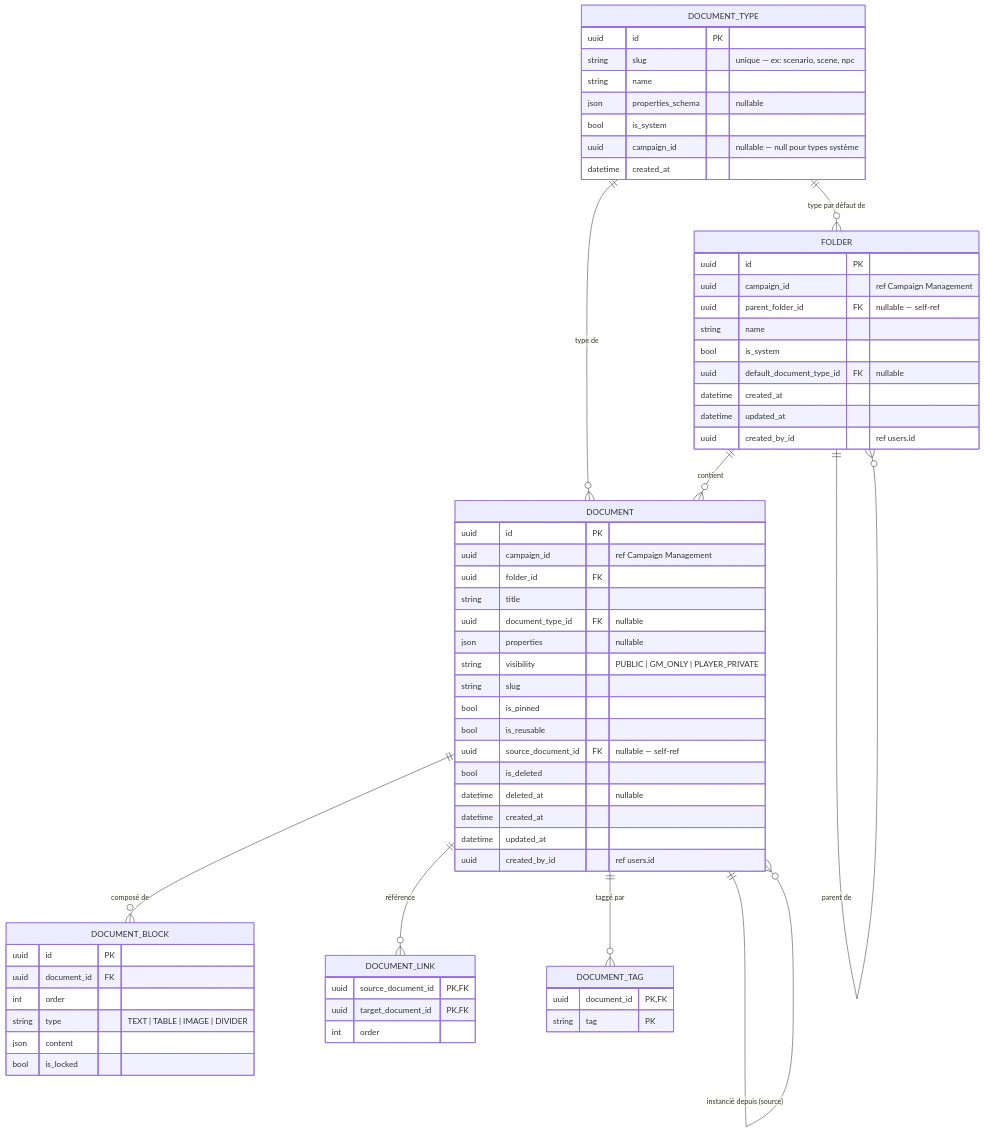
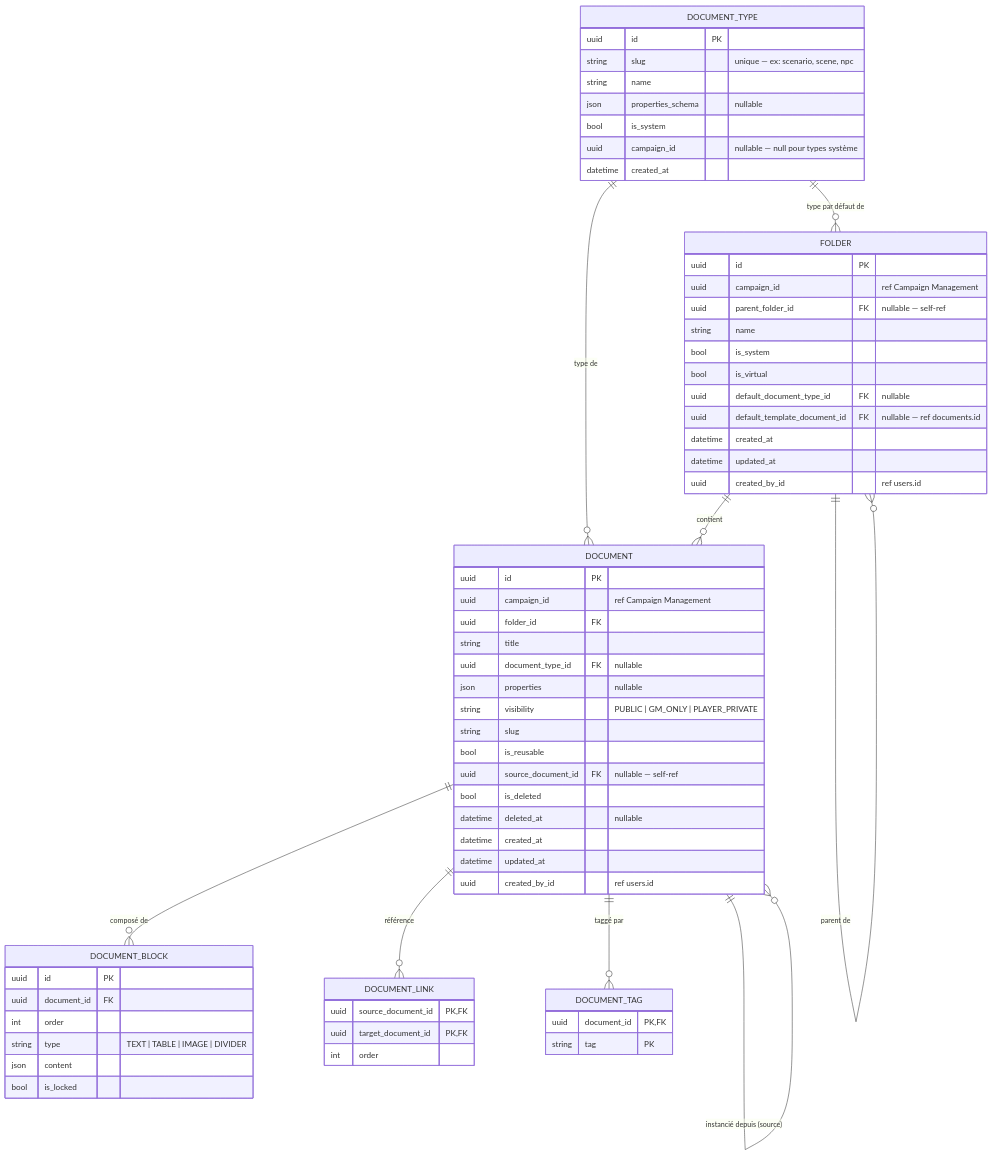
The diagram in docs/conception/domain/diagrams/mcd/content-library.md (2025-10-CDA-ECO-P6/PM-micro-saas), drawn with Mermaid before and after one commit. The commit also changed 17 other files, not shown here.

````diff
--- a/docs/conception/domain/diagrams/mcd/content-library.md
+++ b/docs/conception/domain/diagrams/mcd/content-library.md
@@ -3,72 +3,73 @@
 ```mermaid
 erDiagram
     FOLDER {
         uuid id PK
         uuid campaign_id "ref Campaign Management"
         uuid parent_folder_id FK "nullable — self-ref"
         string name
         bool is_system
+        bool is_virtual
         uuid default_document_type_id FK "nullable"
+        uuid default_template_document_id FK "nullable — ref documents.id"
         datetime created_at
         datetime updated_at
         uuid created_by_id "ref users.id"
     }
 
     DOCUMENT_TYPE {
         uuid id PK
         string slug "unique — ex: scenario, scene, npc"
         string name
         json properties_schema "nullable"
         bool is_system
         uuid campaign_id "nullable — null pour types système"
         datetime created_at
     }
 
     DOCUMENT {
         uuid id PK
         uuid campaign_id "ref Campaign Management"
         uuid folder_id FK
         string title
         uuid document_type_id FK "nullable"
         json properties "nullable"
         string visibility "PUBLIC | GM_ONLY | PLAYER_PRIVATE"
         string slug
-        bool is_pinned
         bool is_reusable
         uuid source_document_id FK "nullable — self-ref"
         bool is_deleted
         datetime deleted_at "nullable"
         datetime created_at
         datetime updated_at
         uuid created_by_id "ref users.id"
     }
 
     DOCUMENT_BLOCK {
         uuid id PK
         uuid document_id FK
         int order
         string type "TEXT | TABLE | IMAGE | DIVIDER"
         json content
         bool is_locked
     }
 
     DOCUMENT_LINK {
         uuid source_document_id PK,FK
         uuid target_document_id PK,FK
         int order
     }
 
     DOCUMENT_TAG {
         uuid document_id PK,FK
         string tag PK
     }
 
     FOLDER ||--o{ DOCUMENT : "contient"
     FOLDER ||--o{ FOLDER : "parent de"
     DOCUMENT_TYPE ||--o{ DOCUMENT : "type de"
     DOCUMENT_TYPE ||--o{ FOLDER : "type par défaut de"
     DOCUMENT ||--o{ DOCUMENT_BLOCK : "composé de"
     DOCUMENT ||--o{ DOCUMENT_LINK : "référence"
     DOCUMENT ||--o{ DOCUMENT_TAG : "taggé par"
     DOCUMENT ||--o{ DOCUMENT : "instancié depuis (source)"
 ```
````
